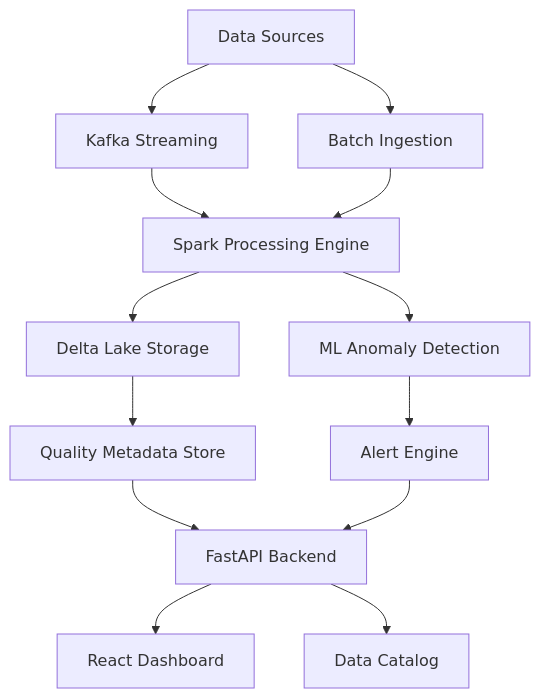
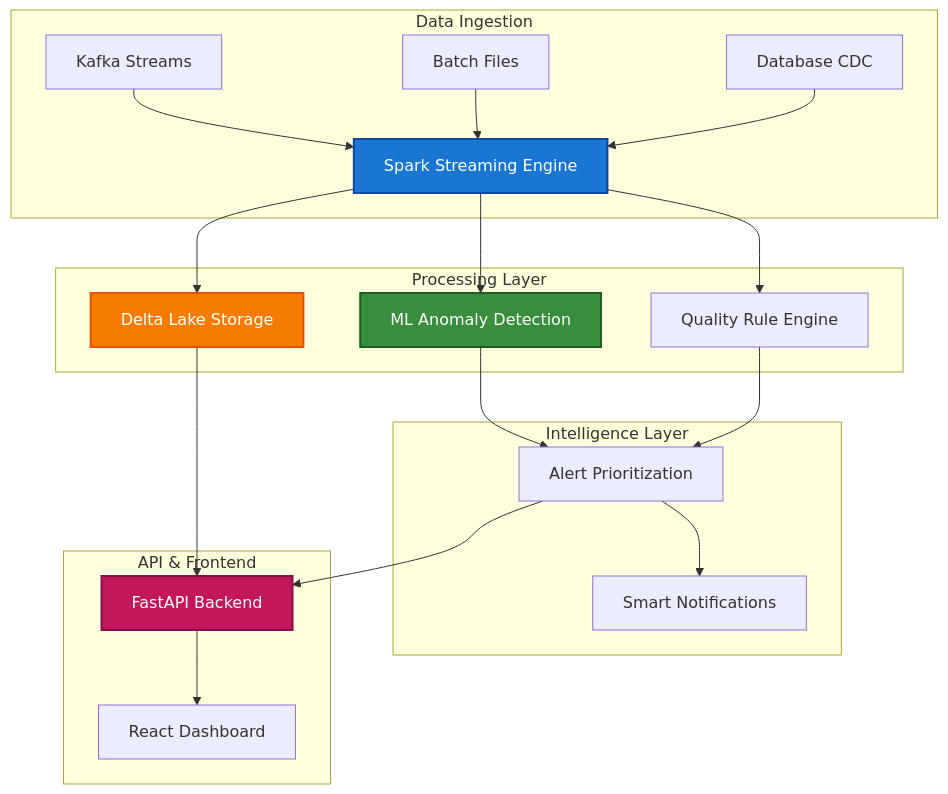
One commit to PriscillaOng12/Intelligent-Data-Quality-Platform changed the diagram in README.md. Above: the diagram before and after it, drawn with Mermaid. The commit also changed other lines of this file, not shown here.

````diff
--- a/README.md
+++ b/README.md
@@ -65,15 +106,31 @@
 ```mermaid
 graph TB
-    A[Data Sources] --> B[Kafka Streaming]
-    A --> C[Batch Ingestion]
-    B --> D[Spark Processing Engine]
-    C --> D
-    D --> E[Delta Lake Storage]
-    D --> F[ML Anomaly Detection]
-    E --> G[Quality Metadata Store]
-    F --> H[Alert Engine]
-    G --> I[FastAPI Backend]
-    H --> I
-    I --> J[React Dashboard]
-    I --> K[Data Catalog]
+    subgraph "Data Ingestion"
+        A[Kafka Streams] --> D[Spark Streaming Engine]
+        B[Batch Files] --> D
+        C[Database CDC] --> D
+    end
+    
+    subgraph "Processing Layer"
+        D --> E[Delta Lake Storage]
+        D --> F[ML Anomaly Detection]
+        D --> G[Quality Rule Engine]
+    end
+    
+    subgraph "Intelligence Layer"
+        F --> H[Alert Prioritization]
+        G --> H
+        H --> I[Smart Notifications]
+    end
+    
+    subgraph "API & Frontend"
+        E --> J[FastAPI Backend]
+        H --> J
+        J --> K[React Dashboard]
+    end
+    
+    style D fill:#1976d2,stroke:#0d47a1,stroke-width:2px,color:#ffffff
+    style F fill:#388e3c,stroke:#1b5e20,stroke-width:2px,color:#ffffff
+    style E fill:#f57c00,stroke:#e65100,stroke-width:2px,color:#ffffff
+    style J fill:#c2185b,stroke:#880e4f,stroke-width:2px,color:#ffffff
 ```
````
